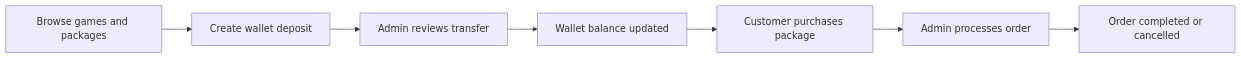
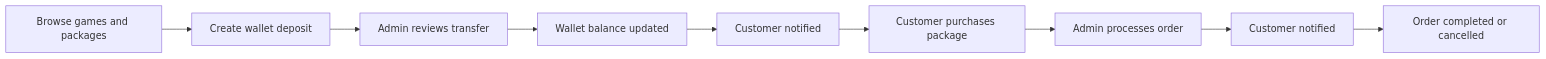
One commit to MinhKhoa05/gametopup changed the first of 7 diagrams in docs/core-workflows.md. Above: the diagram before and after it, drawn with Mermaid. The commit also changed other lines of this file and 16 other files, not shown here.

````diff
--- a/docs/core-workflows.md
+++ b/docs/core-workflows.md
@@ -15,17 +15,21 @@
 ```mermaid
 flowchart LR
     Browse["Browse games and packages"]
     Deposit["Create wallet deposit"]
     Review["Admin reviews transfer"]
     Wallet["Wallet balance updated"]
+    NotifyDeposit["Customer notified"]
     Purchase["Customer purchases package"]
     Process["Admin processes order"]
+    NotifyOrder["Customer notified"]
     Done["Order completed or cancelled"]
 
     Browse --> Deposit
     Deposit --> Review
     Review --> Wallet
-    Wallet --> Purchase
+    Wallet --> NotifyDeposit
+    NotifyDeposit --> Purchase
     Purchase --> Process
-    Process --> Done
+    Process --> NotifyOrder
+    NotifyOrder --> Done
 ```
````
